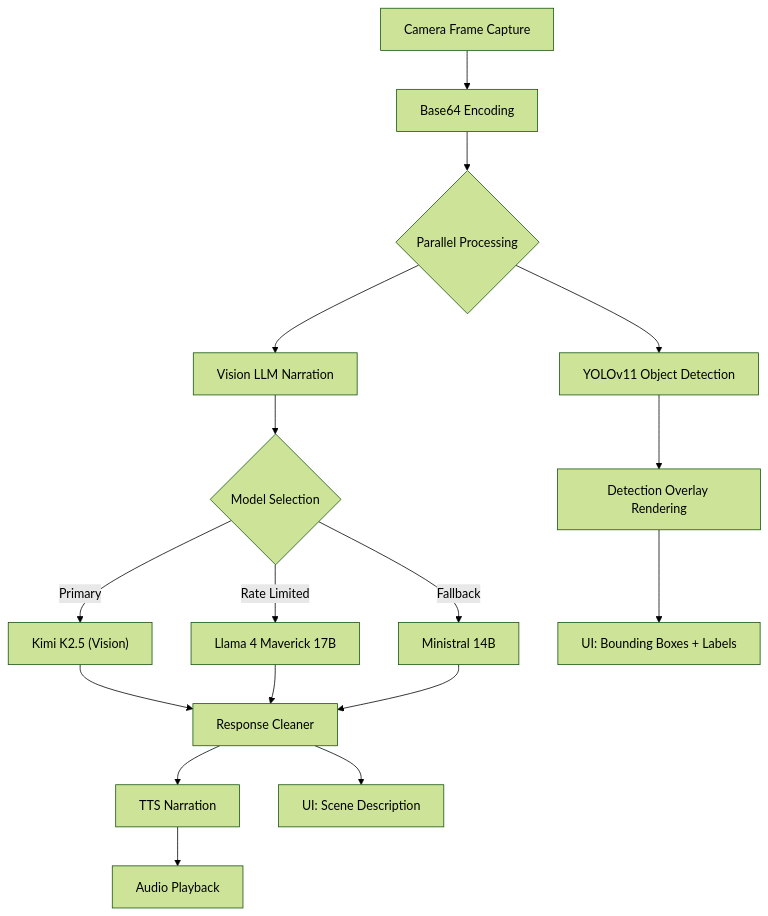
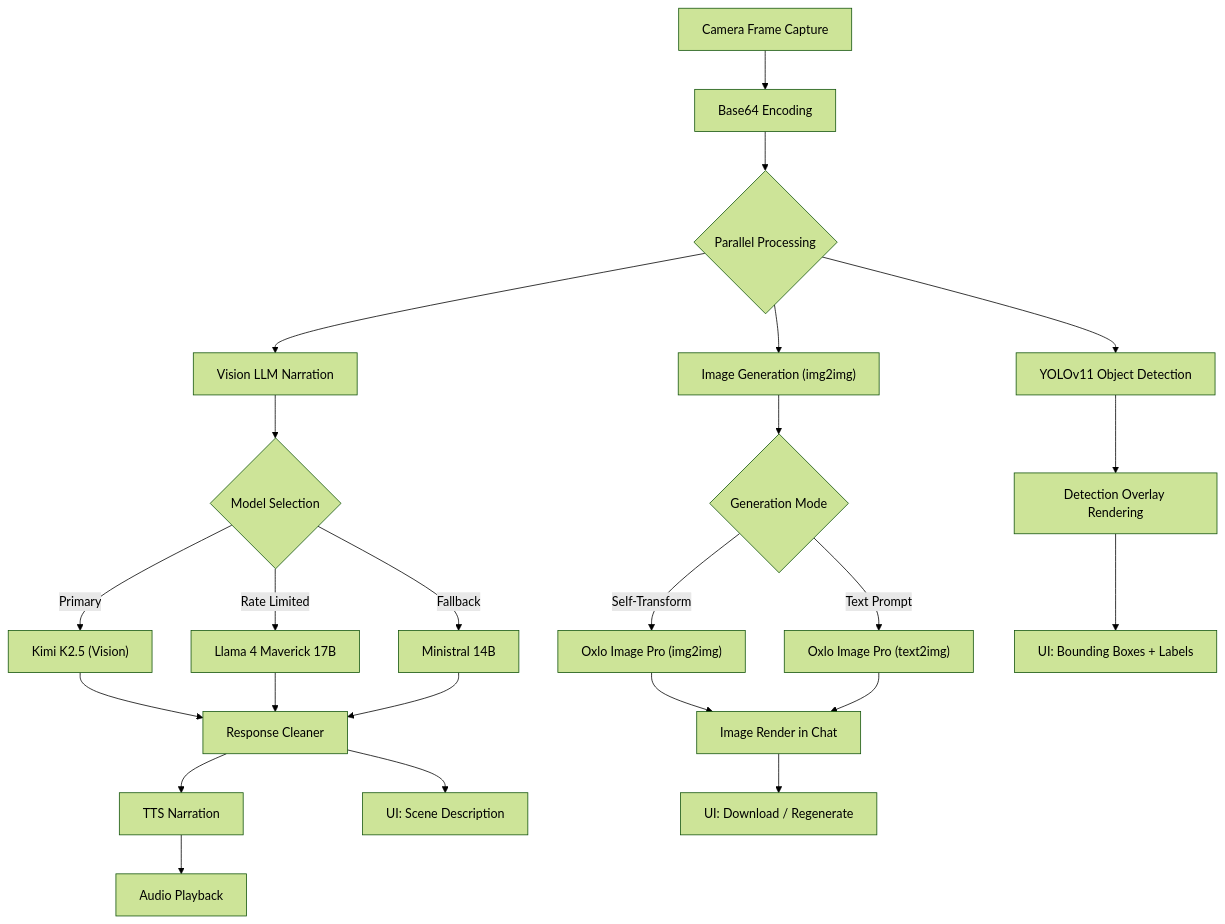
Before and after one commit to pavithra-hn/-Oxlo-VoxVision.ai: the third of 4 diagrams in README.md, drawn with Mermaid (forest theme). The commit also changed other lines of this file and 16 other files, not shown here.

````diff
--- a/README.md
+++ b/README.md
@@ -186,19 +201,26 @@
 ```mermaid
 flowchart TB
     A["Camera Frame Capture"] --> B["Base64 Encoding"]
     B --> C{"Parallel Processing"}
     C --> D["YOLOv11 Object Detection"]
     C --> E["Vision LLM Narration"]
+    C --> P["Image Generation (img2img)"]
     D --> F["Detection Overlay Rendering"]
     E --> G{"Model Selection"}
     G -->|"Primary"| H["Kimi K2.5 (Vision)"]
     G -->|"Rate Limited"| I["Llama 4 Maverick 17B"]
     G -->|"Fallback"| J["Ministral 14B"]
     H --> K["Response Cleaner"]
     I --> K
     J --> K
+    P --> Q{"Generation Mode"}
+    Q -->|"Self-Transform"| R["Oxlo Image Pro (img2img)"]
+    Q -->|"Text Prompt"| S["Oxlo Image Pro (text2img)"]
+    R --> T["Image Render in Chat"]
+    S --> T
     K --> L["TTS Narration"]
     L --> M["Audio Playback"]
     F --> N["UI: Bounding Boxes + Labels"]
     K --> O["UI: Scene Description"]
+    T --> U["UI: Download / Regenerate"]
 ```
````
